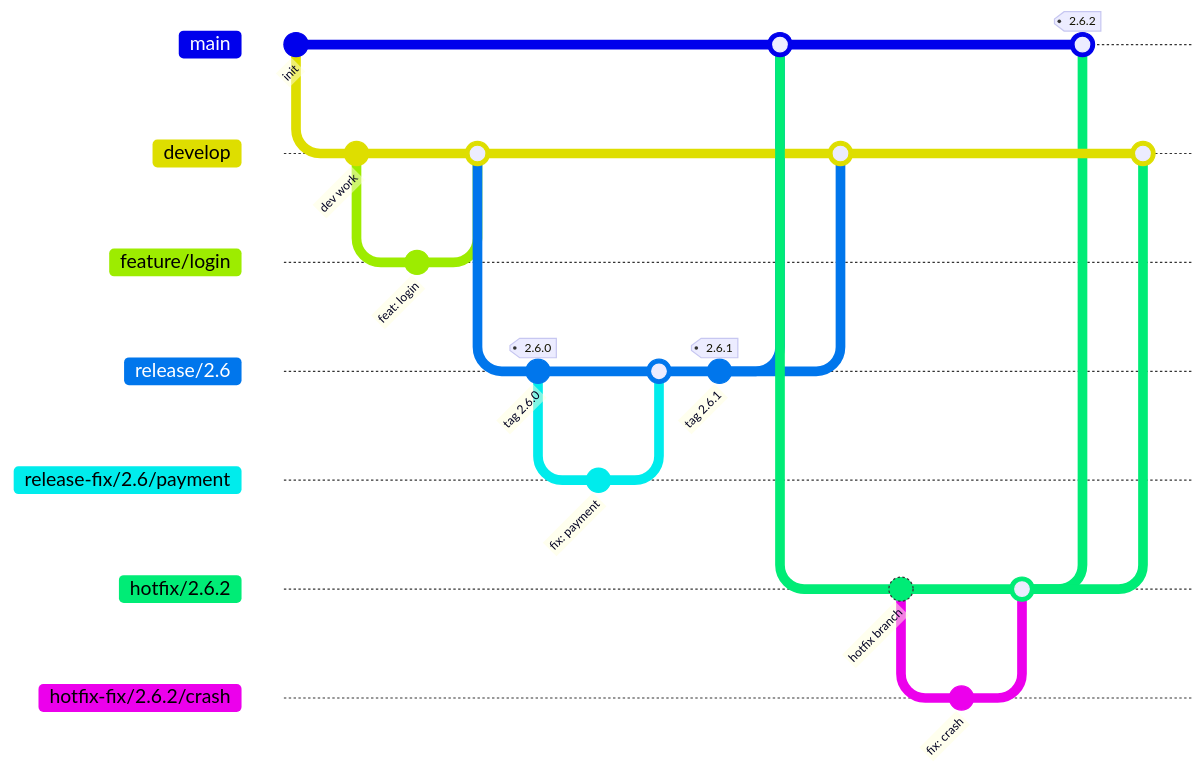
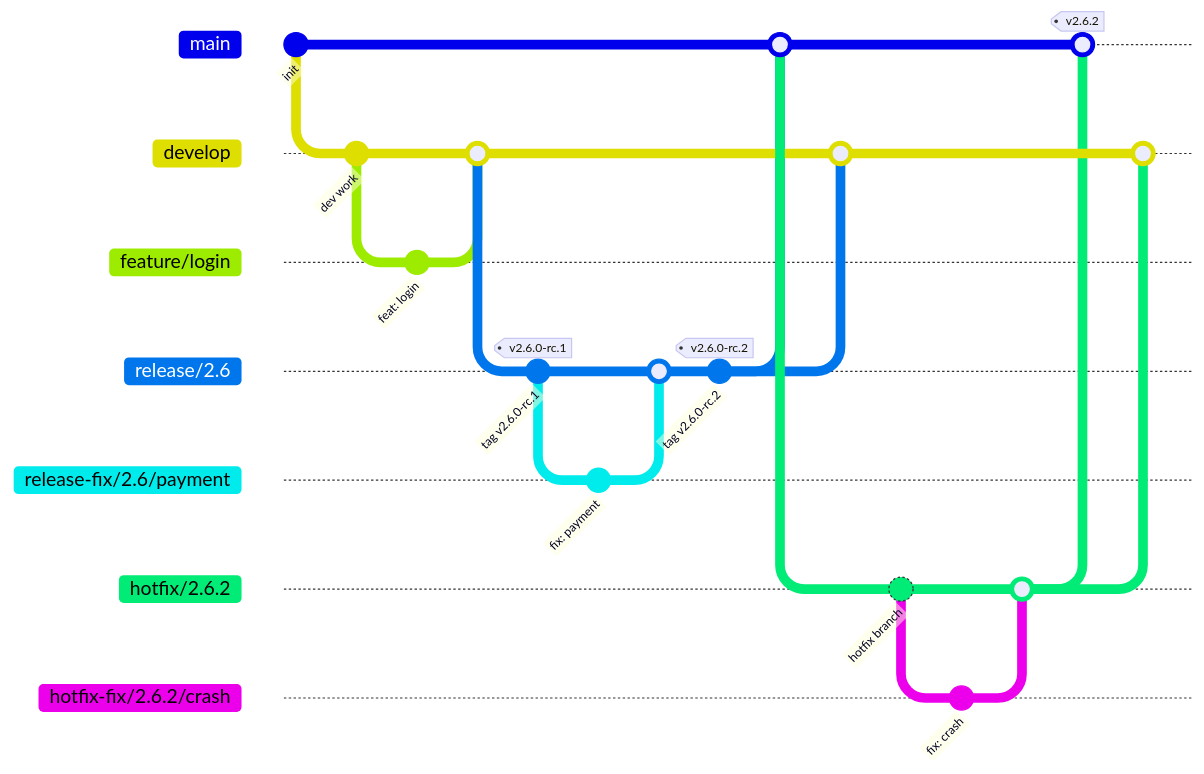
Before and after one commit to Beans-BV/beans-gitflow: the first of 6 diagrams in README.md, drawn with Mermaid. The commit also changed other lines of this file, not shown here.

First line of the commit message:
docs: add CI integration guide with RC tag strategy

````diff
--- a/README.md
+++ b/README.md
@@ -39,32 +39,32 @@
 ```mermaid
 gitGraph
     commit id: "init"
     branch develop
     commit id: "dev work"
     branch feature/login
     commit id: "feat: login"
     checkout develop
     merge feature/login
     branch release/2.6
-    commit id: "tag 2.6.0" tag: "2.6.0"
+    commit id: "tag v2.6.0-rc.1" tag: "v2.6.0-rc.1"
     branch release-fix/2.6/payment
     commit id: "fix: payment"
     checkout release/2.6
     merge release-fix/2.6/payment
-    commit id: "tag 2.6.1" tag: "2.6.1"
+    commit id: "tag v2.6.0-rc.2" tag: "v2.6.0-rc.2"
     checkout main
     merge release/2.6
     checkout develop
     merge release/2.6
     checkout main
     branch hotfix/2.6.2
     commit id: "hotfix branch"
     branch hotfix-fix/2.6.2/crash
     commit id: "fix: crash"
     checkout hotfix/2.6.2
     merge hotfix-fix/2.6.2/crash
     checkout main
-    merge hotfix/2.6.2 tag: "2.6.2"
+    merge hotfix/2.6.2 tag: "v2.6.2"
     checkout develop
     merge hotfix/2.6.2
 ```
````
